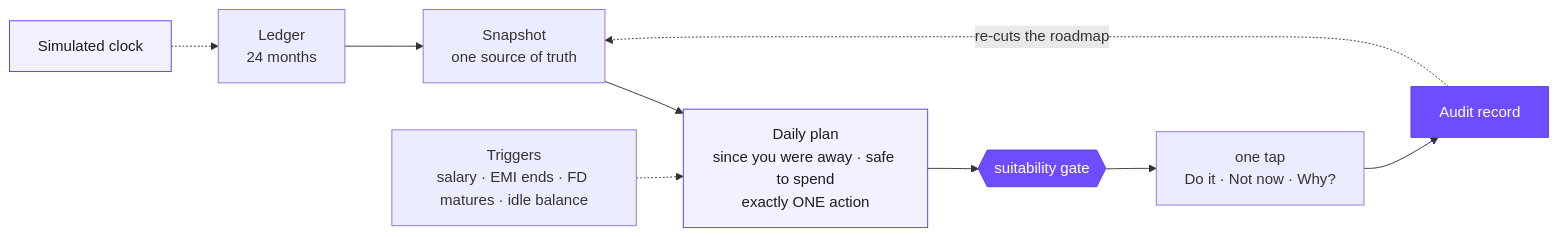
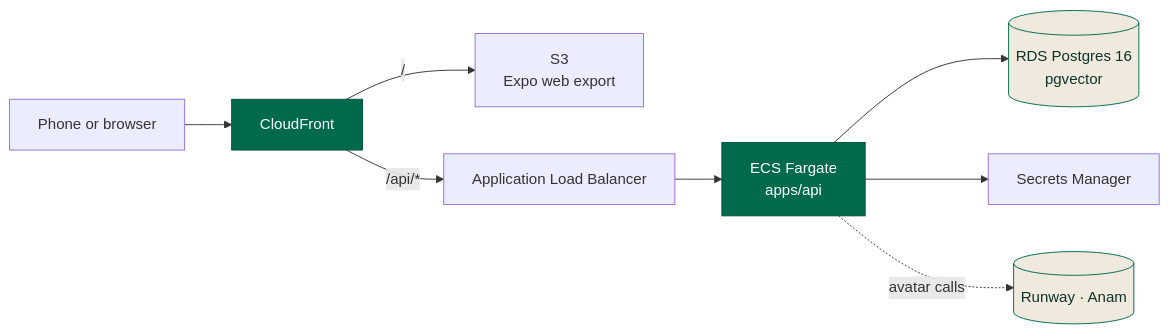
One commit to dhan-sarthi/dhan-sarthi changed the fourth of 4 diagrams in README.md. Above: the diagram before and after it, drawn with Mermaid. The commit also changed other lines of this file and 18 other files, not shown here.

````diff
--- a/README.md
+++ b/README.md
@@ -191,16 +310,15 @@
 ```mermaid
 flowchart LR
-    L["Ledger<br/>24 months"] --> S["Snapshot<br/>one source of truth"]
-    S --> D["Daily plan<br/>since you were away · safe to spend<br/>exactly ONE action"]
-    D --> G{{"suitability gate"}}
-    G --> C["one tap<br/>Do it · Not now · Why?"]
-    C --> A["Audit record"]
-    A -. re-cuts the roadmap .-> S
-    T["Triggers<br/>salary · EMI ends · FD matures · idle balance"] -.-> D
-    K["Simulated clock"] -.-> L
+    U["Phone or browser"] --> CF["CloudFront"]
+    CF -->|"/"| S3["S3<br/>Expo web export"]
+    CF -->|"/api/*"| ALB["Application Load Balancer"]
+    ALB --> ECS["ECS Fargate<br/>apps/api"]
+    ECS --> RDS[("RDS Postgres 16<br/>pgvector")]
+    ECS --> SM["Secrets Manager"]
+    ECS -.->|avatar calls| PROV[("Runway · Anam")]
 
-    style G fill:#6f4cff,color:#fff,stroke:#5a3de0
-    style A fill:#6f4cff,color:#fff,stroke:#5a3de0
-    style K fill:#f3f0ff,stroke:#5a3de0,color:#1d1d1d
-    style D fill:#f3f0ff,stroke:#5a3de0,color:#1d1d1d
+    style CF fill:#016A4D,color:#fff,stroke:#01513B
+    style ECS fill:#016A4D,color:#fff,stroke:#01513B
+    style RDS fill:#EFE9DE,stroke:#016A4D,color:#0E3329
+    style PROV fill:#EFE9DE,stroke:#016A4D,color:#0E3329
 ```
````
